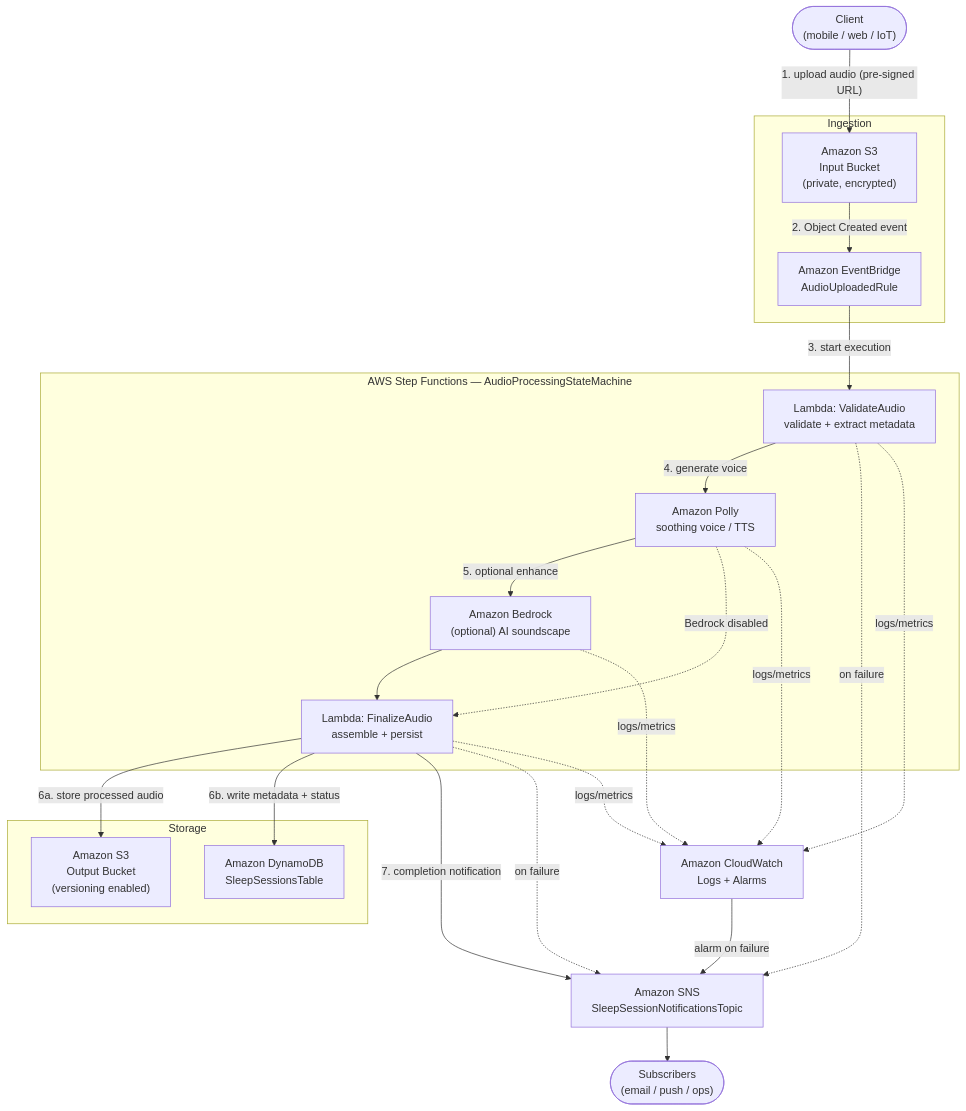
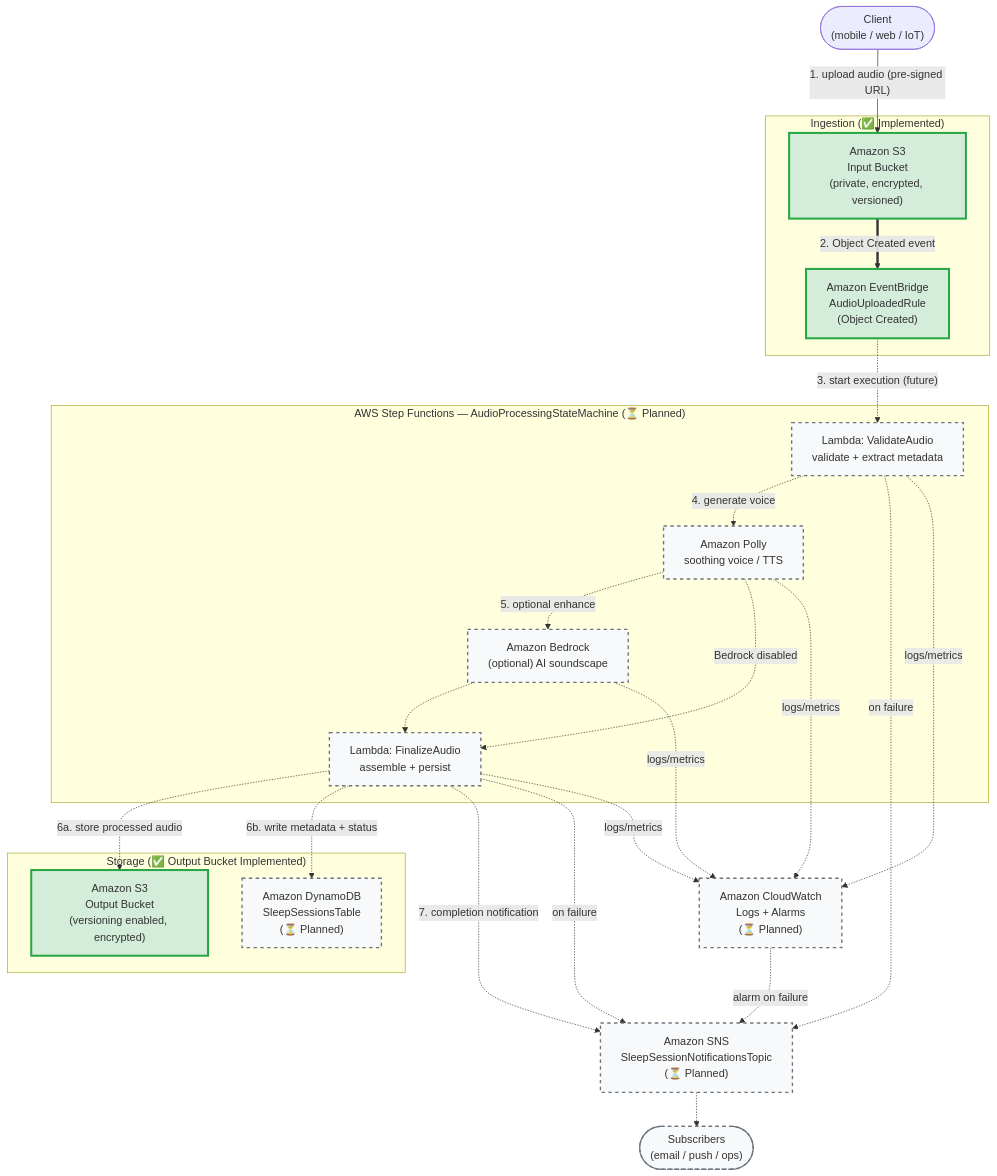
Before and after one commit to obstreperous-ai/cdk-sleep-go-copilot: the diagram in ARCHITECTURE.md, drawn with Mermaid. The commit also changed other lines of this file, not shown here.

First line of the commit message:
docs: update ARCHITECTURE.md to reflect Issue #3 implementation

````diff
--- a/ARCHITECTURE.md
+++ b/ARCHITECTURE.md
@@ -154,45 +194,51 @@
 ```mermaid
 flowchart TD
     Client(["Client<br/>(mobile / web / IoT)"])
 
-    subgraph Ingestion
-        S3In["Amazon S3<br/>Input Bucket<br/>(private, encrypted)"]
-        EB["Amazon EventBridge<br/>AudioUploadedRule"]
+    subgraph Ingestion ["Ingestion (✅ Implemented)"]
+        S3In["Amazon S3<br/>Input Bucket<br/>(private, encrypted, versioned)"]
+        EB["Amazon EventBridge<br/>AudioUploadedRule<br/>(Object Created)"]
     end
 
-    subgraph Processing["AWS Step Functions — AudioProcessingStateMachine"]
+    subgraph Processing["AWS Step Functions — AudioProcessingStateMachine (⏳ Planned)"]
         Validate["Lambda: ValidateAudio<br/>validate + extract metadata"]
         Polly["Amazon Polly<br/>soothing voice / TTS"]
         Bedrock["Amazon Bedrock<br/>(optional) AI soundscape"]
         Finalize["Lambda: FinalizeAudio<br/>assemble + persist"]
     end
 
-    subgraph Storage
-        S3Out["Amazon S3<br/>Output Bucket<br/>(versioning enabled)"]
-        DDB["Amazon DynamoDB<br/>SleepSessionsTable"]
+    subgraph Storage ["Storage (✅ Output Bucket Implemented)"]
+        S3Out["Amazon S3<br/>Output Bucket<br/>(versioning enabled, encrypted)"]
+        DDB["Amazon DynamoDB<br/>SleepSessionsTable<br/>(⏳ Planned)"]
     end
 
-    SNS["Amazon SNS<br/>SleepSessionNotificationsTopic"]
-    CW["Amazon CloudWatch<br/>Logs + Alarms"]
+    SNS["Amazon SNS<br/>SleepSessionNotificationsTopic<br/>(⏳ Planned)"]
+    CW["Amazon CloudWatch<br/>Logs + Alarms<br/>(⏳ Planned)"]
     Subs(["Subscribers<br/>(email / push / ops)"])
 
     Client -- "1. upload audio (pre-signed URL)" --> S3In
-    S3In -- "2. Object Created event" --> EB
-    EB -- "3. start execution" --> Validate
-    Validate -- "4. generate voice" --> Polly
-    Polly -- "5. optional enhance" --> Bedrock
-    Bedrock --> Finalize
+    S3In == "2. Object Created event" ==> EB
+    EB -. "3. start execution (future)" .-> Validate
+    Validate -. "4. generate voice" .-> Polly
+    Polly -. "5. optional enhance" .-> Bedrock
+    Bedrock -.-> Finalize
     Polly -. "Bedrock disabled" .-> Finalize
-    Finalize -- "6a. store processed audio" --> S3Out
-    Finalize -- "6b. write metadata + status" --> DDB
-    Finalize -- "7. completion notification" --> SNS
+    Finalize -. "6a. store processed audio" .-> S3Out
+    Finalize -. "6b. write metadata + status" .-> DDB
+    Finalize -. "7. completion notification" .-> SNS
     Validate -. "on failure" .-> SNS
     Finalize -. "on failure" .-> SNS
-    SNS --> Subs
+    SNS -.-> Subs
 
     Validate -. logs/metrics .-> CW
     Finalize -. logs/metrics .-> CW
     Polly -. logs/metrics .-> CW
     Bedrock -. logs/metrics .-> CW
-    CW -- "alarm on failure" --> SNS
+    CW -. "alarm on failure" .-> SNS
+    
+    classDef implemented fill:#d4edda,stroke:#28a745,stroke-width:3px;
+    classDef planned fill:#f8f9fa,stroke:#6c757d,stroke-width:2px,stroke-dasharray: 5 5;
+    
+    class S3In,EB,S3Out implemented;
+    class Validate,Polly,Bedrock,Finalize,DDB,SNS,CW,Subs planned;
 ```
````
